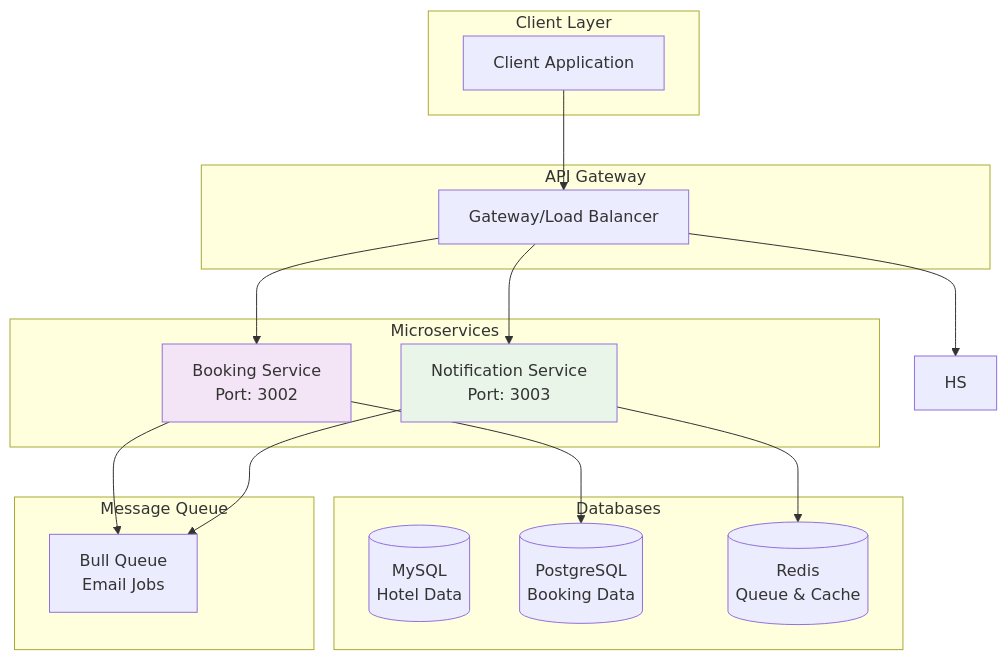
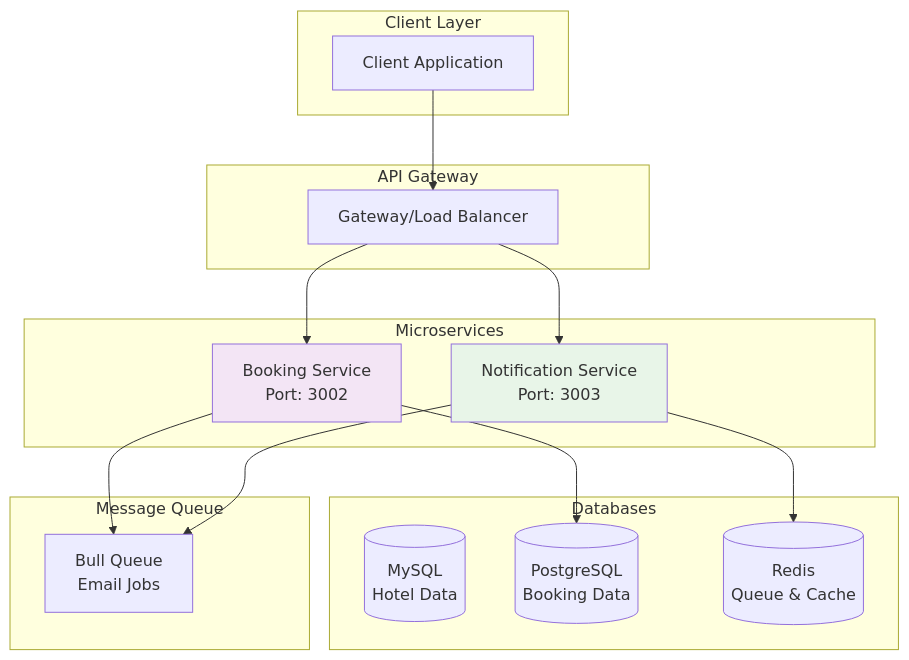
One commit to Jyotishmoy12/airbnb-booking-backend changed the first of 2 diagrams in README.md. Above: the diagram before and after it, drawn with Mermaid.

````diff
--- a/README.md
+++ b/README.md
@@ -25,38 +25,37 @@
 ```mermaid
 graph TB
     subgraph "Client Layer"
         C[Client Application]
     end
     
     subgraph "API Gateway"
         GW[Gateway/Load Balancer]
     end
     
     subgraph "Microservices"
         BS[Booking Service<br/>Port: 3002]
         NS[Notification Service<br/>Port: 3003]
     end
     
     subgraph "Databases"
         MySQL[(MySQL<br/>Hotel Data)]
         PostgreSQL[(PostgreSQL<br/>Booking Data)]
         Redis[(Redis<br/>Queue & Cache)]
     end
     
     subgraph "Message Queue"
         BQ[Bull Queue<br/>Email Jobs]
     end
     
     C --> GW
-    GW --> HS
     GW --> BS
     GW --> NS
 
     BS --> PostgreSQL
     BS --> BQ
     NS --> Redis
     NS --> BQ
 
     style BS fill:#f3e5f5
     style NS fill:#e8f5e8
 ```
````
